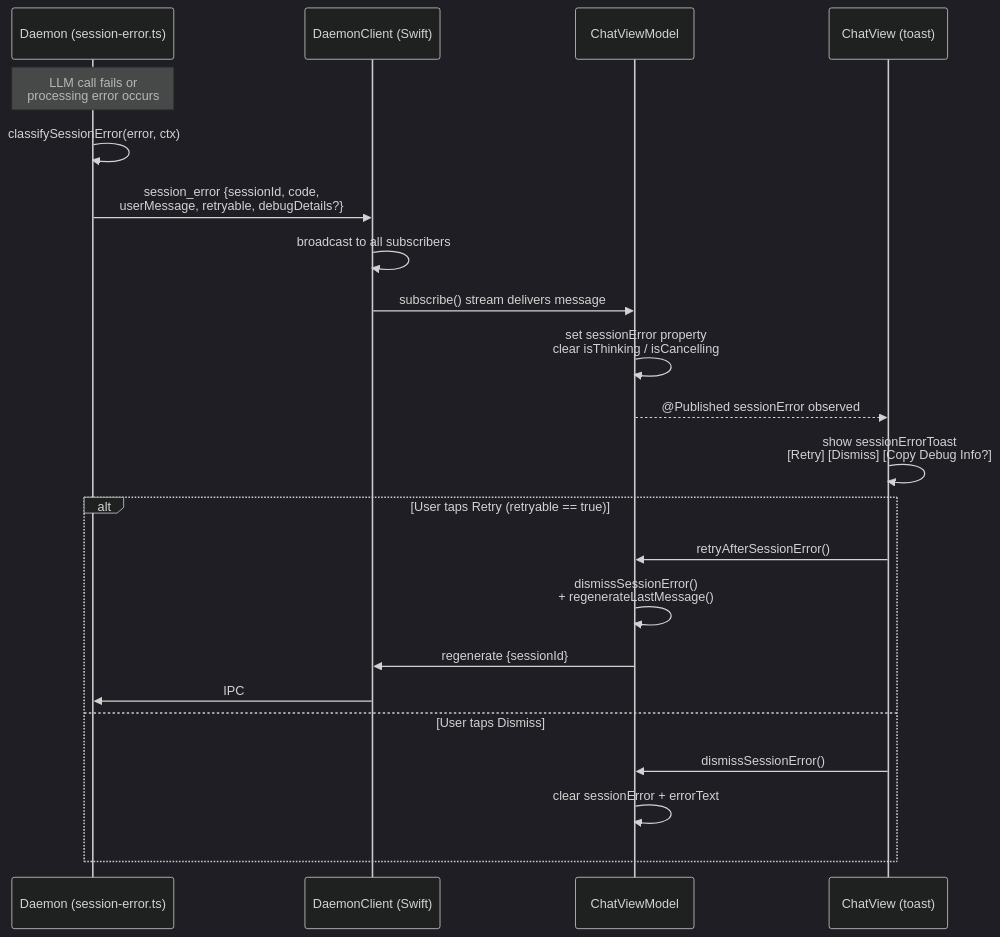
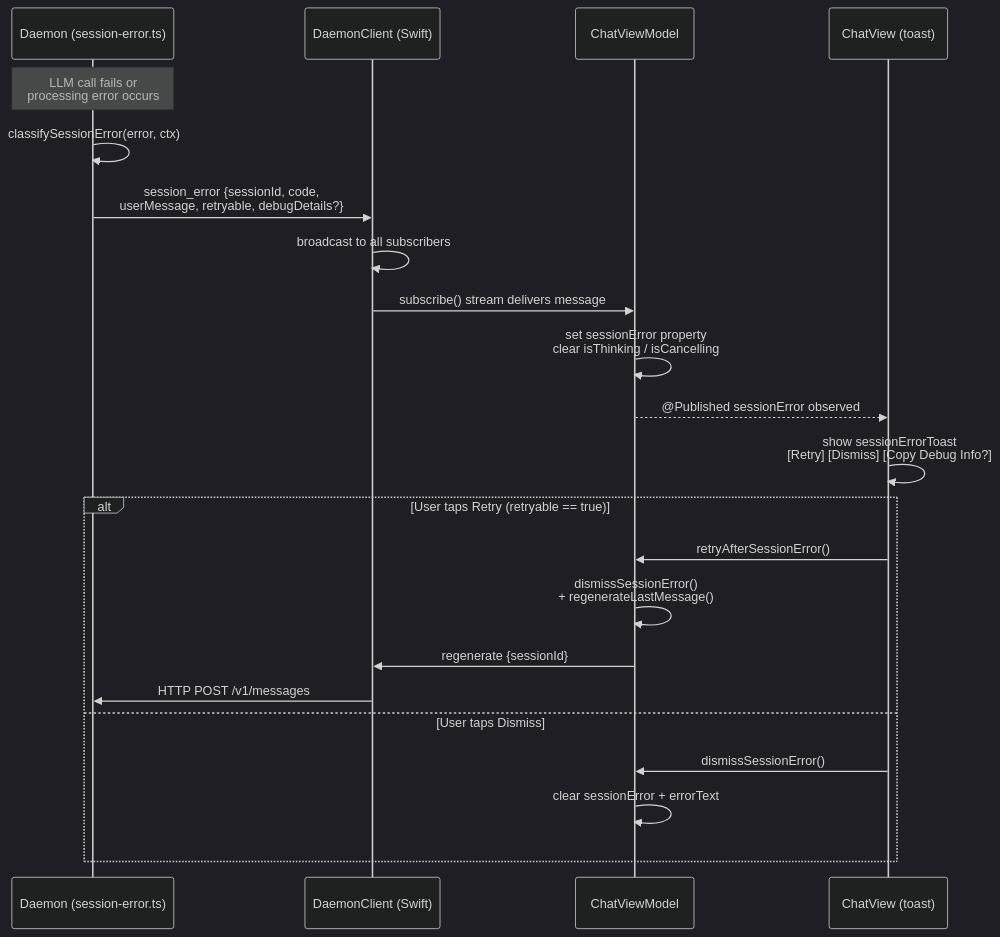
Before and after one commit to vellum-ai/vellum-assistant: the third of 17 diagrams in assistant/ARCHITECTURE.md, drawn with Mermaid (dark theme). The commit also changed other lines of this file and 23 other files, not shown here.

````diff
--- a/assistant/ARCHITECTURE.md
+++ b/assistant/ARCHITECTURE.md
@@ -1041,27 +823,27 @@
 ```mermaid
 sequenceDiagram
     participant Daemon as Daemon (session-error.ts)
     participant DC as DaemonClient (Swift)
     participant VM as ChatViewModel
     participant UI as ChatView (toast)
 
     Note over Daemon: LLM call fails or<br/>processing error occurs
     Daemon->>Daemon: classifySessionError(error, ctx)
     Daemon->>DC: session_error {sessionId, code,<br/>userMessage, retryable, debugDetails?}
     DC->>DC: broadcast to all subscribers
     DC->>VM: subscribe() stream delivers message
     VM->>VM: set sessionError property<br/>clear isThinking / isCancelling
     VM-->>UI: @Published sessionError observed
 
     UI->>UI: show sessionErrorToast<br/>[Retry] [Dismiss] [Copy Debug Info?]
 
     alt User taps Retry (retryable == true)
         UI->>VM: retryAfterSessionError()
         VM->>VM: dismissSessionError()<br/>+ regenerateLastMessage()
         VM->>DC: regenerate {sessionId}
-        DC->>Daemon: IPC
+        DC->>Daemon: HTTP POST /v1/messages
     else User taps Dismiss
         UI->>VM: dismissSessionError()
         VM->>VM: clear sessionError + errorText
     end
 ```
````
